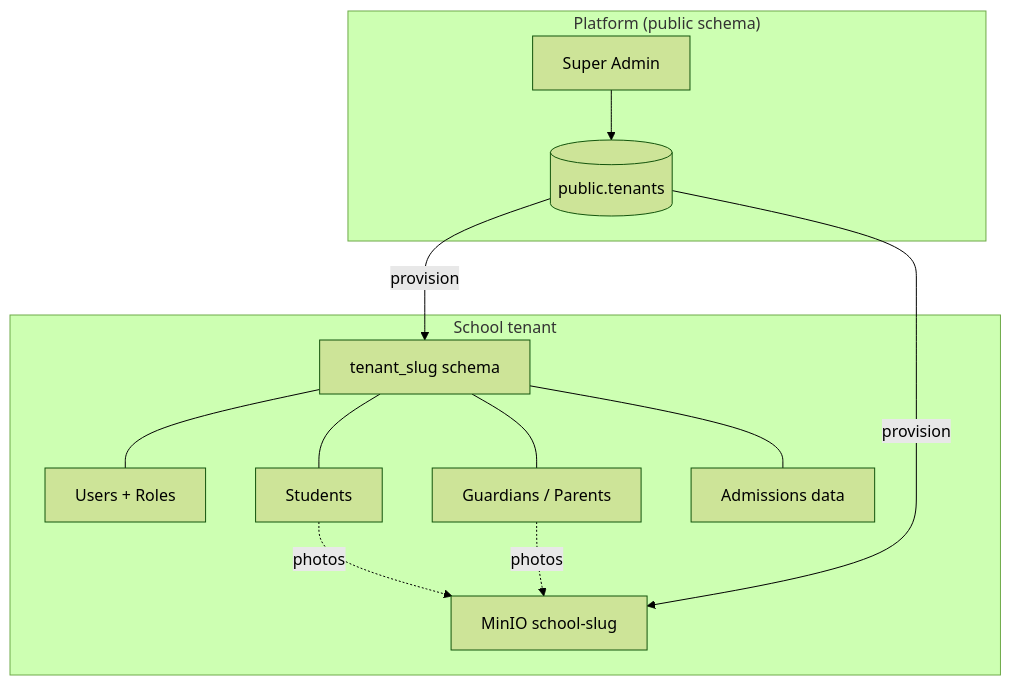
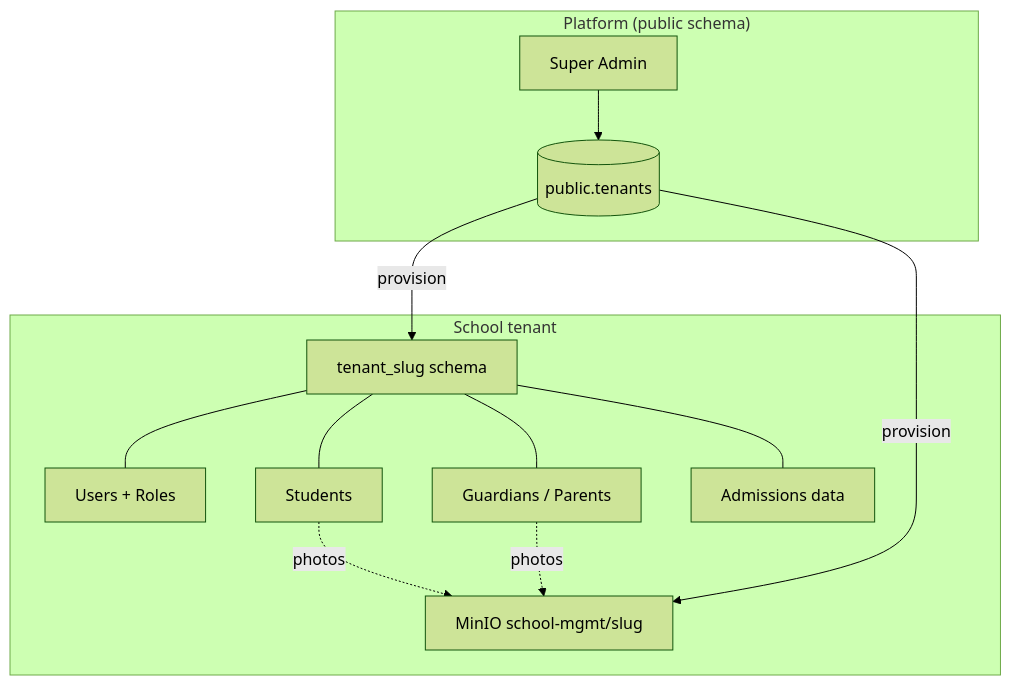
Before and after one commit to mirzasaikatahmmed/SaaS-based-School-Management-System-API: the first of 5 diagrams in docs/SYSTEM_WORKFLOW.md, drawn with Mermaid (forest theme). The commit also changed other lines of this file and 9 other files, not shown here.

Commit message:
feat: Refactor MinIO storage to use a shared bucket with school-specific folders and update related documentation

````diff
--- a/docs/SYSTEM_WORKFLOW.md
+++ b/docs/SYSTEM_WORKFLOW.md
@@ -12,26 +12,26 @@
 ```mermaid
 flowchart TB
   subgraph Platform["Platform (public schema)"]
     SA[Super Admin]
     TEN[(public.tenants)]
     SA --> TEN
   end
 
   subgraph School["School tenant"]
     SCH[tenant_slug schema]
-    MINIO[MinIO school-slug]
+    MINIO[MinIO school-mgmt/slug]
     USERS[Users + Roles]
     STU[Students]
     GUARD[Guardians / Parents]
     ADM[Admissions data]
   end
 
   TEN -->|provision| SCH
   TEN -->|provision| MINIO
   SCH --- USERS
   SCH --- STU
   SCH --- GUARD
   SCH --- ADM
   STU -.->|photos| MINIO
   GUARD -.->|photos| MINIO
 ```
````
